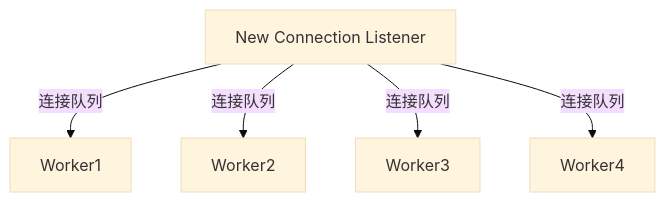
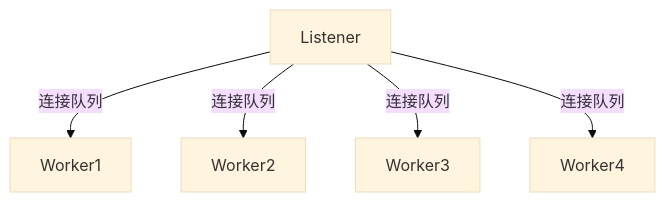
One commit to cmyzld/cmyzld.github.io changed the diagram in _posts/2020-04-18-单生产者单消费者的无锁队列.md. Above: the diagram before and after it, drawn with Mermaid (base theme). The commit also changed other lines of this file, not shown here.

````diff
--- a/_posts/2020-04-18-单生产者单消费者的无锁队列.md
+++ b/_posts/2020-04-18-单生产者单消费者的无锁队列.md
@@ -17,12 +17,12 @@
 ```mermaid
 graph TB;
-    A[New Connection Listener]
+    A[Listener]
     B[Worker1]
     C[Worker2]
     D[Worker3]
     E[Worker4]
     A--连接队列-->B;
     A--连接队列-->C;
     A--连接队列-->D;
     A--连接队列-->E;
 ```
````
